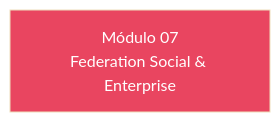
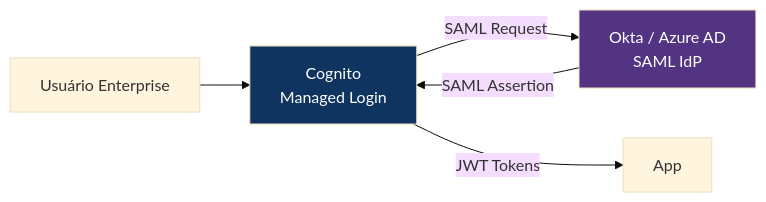
One commit to PabloMarquess/aws-labs changed the third of 3 diagrams in cognito/modulo-07-federation.md. Above: the diagram before and after it, drawn with Mermaid (base theme). The commit also changed other lines of this file and 6 other files, not shown here.

````diff
--- a/cognito/modulo-07-federation.md
+++ b/cognito/modulo-07-federation.md
@@ -12,5 +100,10 @@
 ```mermaid
-graph TB
-    MOD[Módulo 07<br/>Federation Social & Enterprise]
-    style MOD fill:#e94560,color:#fff
+graph LR
+    U[Usuário Enterprise] --> COG[Cognito<br/>Managed Login]
+    COG -->|SAML Request| OKTA[Okta / Azure AD<br/>SAML IdP]
+    OKTA -->|SAML Assertion| COG
+    COG -->|JWT Tokens| APP[App]
+
+    style COG fill:#0f3460,color:#fff
+    style OKTA fill:#533483,color:#fff
 ```
````
